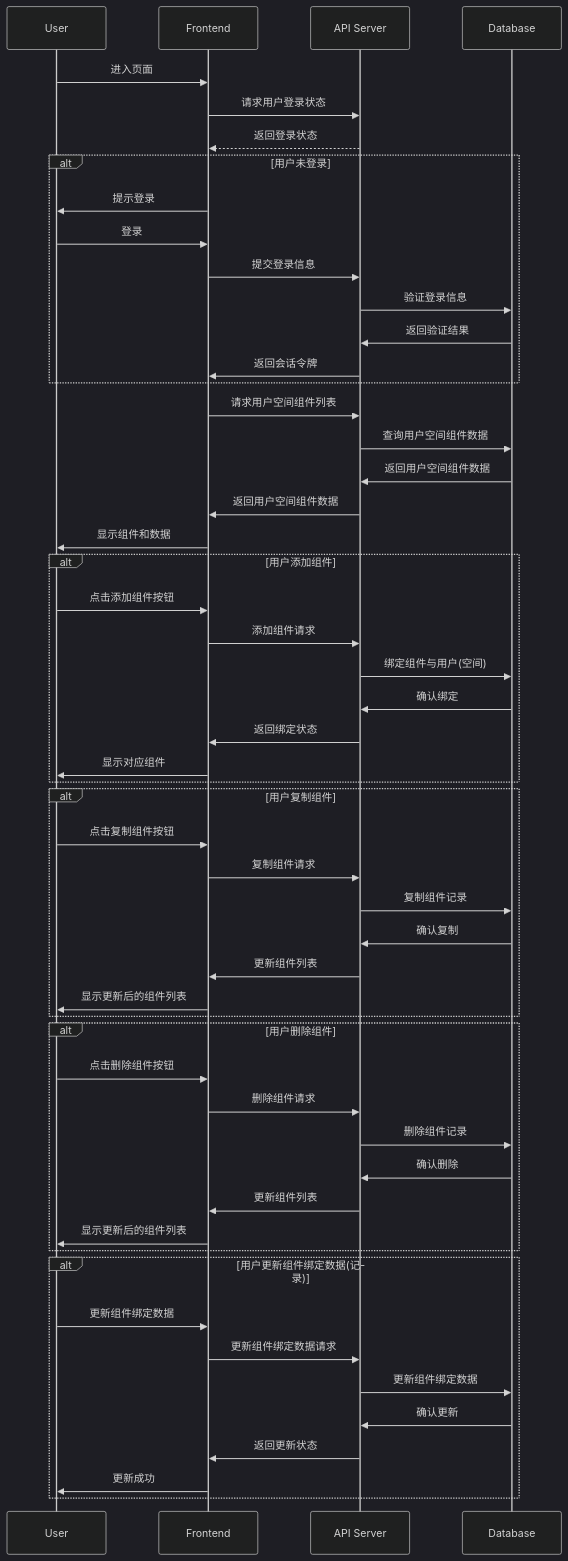
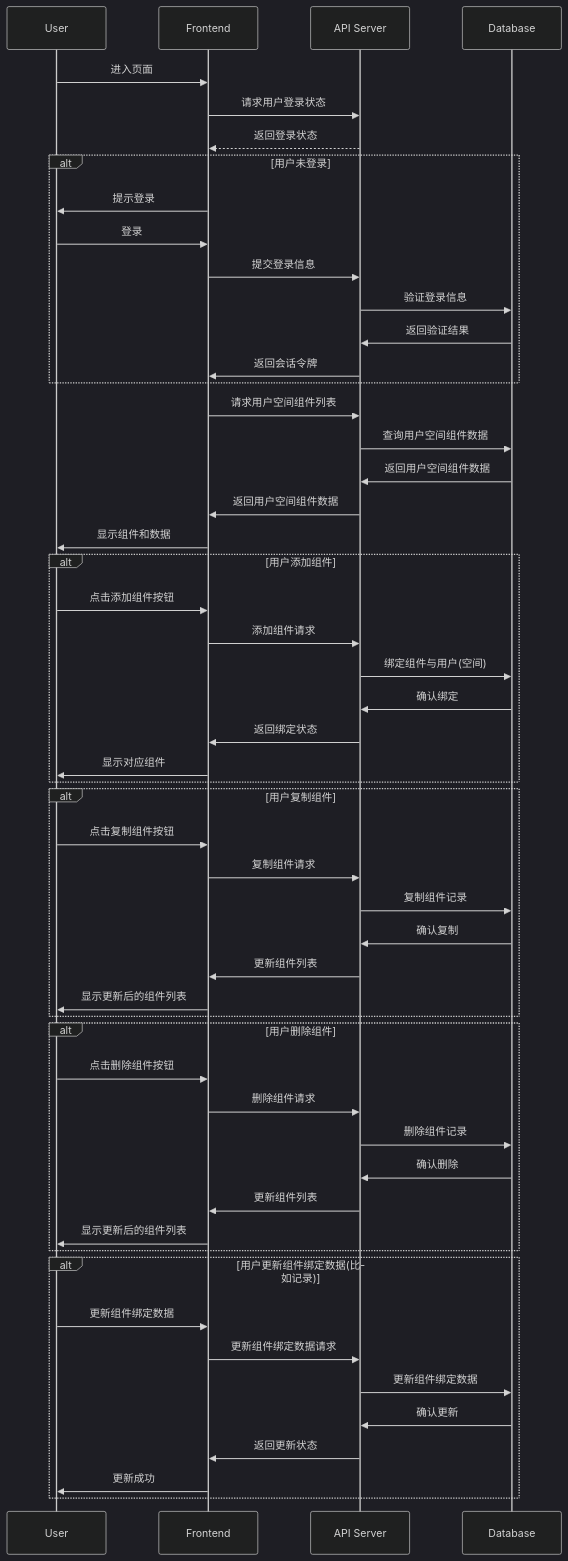
One commit to yingjianzh/iodraw-files changed the diagram in all/未命名-7.md. Above: the diagram before and after it, drawn with Mermaid (dark theme).

Commit message:
2024-10-09 10:30:17 update

````diff
--- a/all/未命名-7.md
+++ b/all/未命名-7.md
@@ -1,62 +1,62 @@
 ```mermaid
 sequenceDiagram
     participant User
     participant Frontend
     participant API Server
     participant Database
 
     User->>Frontend: 进入页面
     Frontend->>API Server: 请求用户登录状态
     API Server-->>Frontend: 返回登录状态
     alt 用户未登录
         Frontend->>User: 提示登录
         User->>Frontend: 登录
         Frontend->>API Server: 提交登录信息
         API Server->>Database: 验证登录信息
         Database->>API Server: 返回验证结果
         API Server->>Frontend: 返回会话令牌
     end
 
     Frontend->>API Server: 请求用户空间组件列表
     API Server->>Database: 查询用户空间组件数据
     Database->>API Server: 返回用户空间组件数据
     API Server->>Frontend: 返回用户空间组件数据
     Frontend->>User: 显示组件和数据
 
     alt 用户添加组件
         User->>Frontend: 点击添加组件按钮
         Frontend->>API Server: 添加组件请求
         API Server->>Database: 绑定组件与用户(空间)
         Database->>API Server: 确认绑定
         API Server->>Frontend: 返回绑定状态
         Frontend->>User: 显示对应组件
     end
 
     alt 用户复制组件
         User->>Frontend: 点击复制组件按钮
         Frontend->>API Server: 复制组件请求
         API Server->>Database: 复制组件记录
         Database->>API Server: 确认复制
         API Server->>Frontend: 更新组件列表
         Frontend->>User: 显示更新后的组件列表
     end
 
     alt 用户删除组件
         User->>Frontend: 点击删除组件按钮
         Frontend->>API Server: 删除组件请求
         API Server->>Database: 删除组件记录
         Database->>API Server: 确认删除
         API Server->>Frontend: 更新组件列表
         Frontend->>User: 显示更新后的组件列表
     end
 
-    alt 用户更新组件绑定数据(记录)
+    alt 用户更新组件绑定数据(比如记录)
         User->>Frontend: 更新组件绑定数据
         Frontend->>API Server: 更新组件绑定数据请求
         API Server->>Database: 更新组件绑定数据
         Database->>API Server: 确认更新
         API Server->>Frontend: 返回更新状态
         Frontend->>User: 更新成功
     end
 
 ```
````
